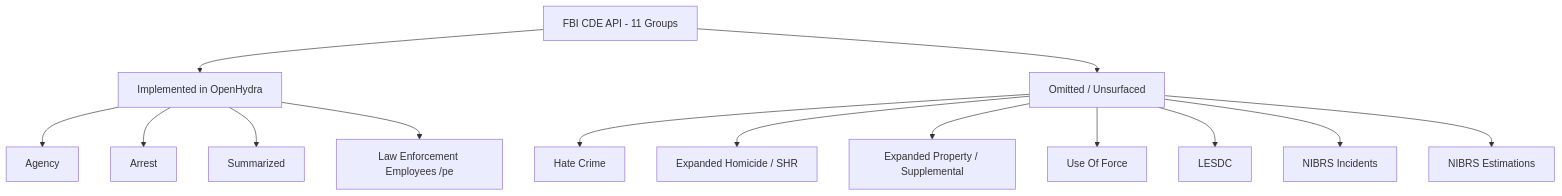
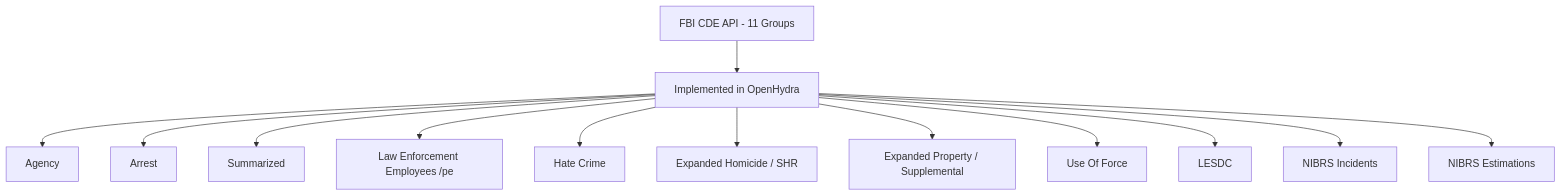
The diagram in api_mapping_report.md (carloborodulin/OpenHydra), drawn with Mermaid before and after one commit. The commit also changed other lines of this file and 25 other files, not shown here.

First line of the commit message:
feat: phase 2 — NIBRS estimations group (completes all 11 API groups)

````diff
--- a/api_mapping_report.md
+++ b/api_mapping_report.md
@@ -33,18 +37,16 @@
 ```mermaid
 graph TD
     API[FBI CDE API - 11 Groups] --> Implemented[Implemented in OpenHydra]
-    API --> Omitted[Omitted / Unsurfaced]
 
     Implemented --> Group1[Agency]
     Implemented --> Group2[Arrest]
     Implemented --> Group3[Summarized]
     Implemented --> Group4[Law Enforcement Employees /pe]
-
-    Omitted --> Group5[Hate Crime]
-    Omitted --> Group6[Expanded Homicide / SHR]
-    Omitted --> Group7[Expanded Property / Supplemental]
-    Omitted --> Group8[Use Of Force]
-    Omitted --> Group9[LESDC]
-    Omitted --> Group10[NIBRS Incidents]
-    Omitted --> Group11[NIBRS Estimations]
+    Implemented --> Group5[Hate Crime]
+    Implemented --> Group6[Expanded Homicide / SHR]
+    Implemented --> Group7[Expanded Property / Supplemental]
+    Implemented --> Group8[Use Of Force]
+    Implemented --> Group9[LESDC]
+    Implemented --> Group10[NIBRS Incidents]
+    Implemented --> Group11[NIBRS Estimations]
 ```
````
